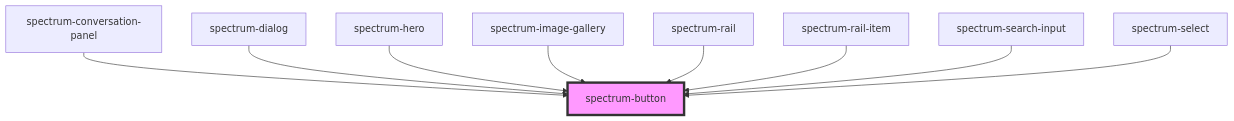
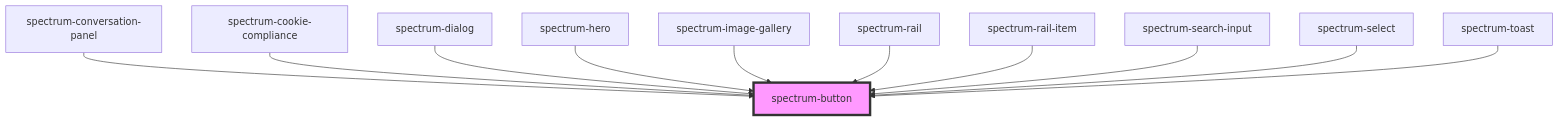
The diagram in packages/core/src/components/spectrum-button/readme.md (emamirelar/spectrum), drawn with Mermaid before and after one commit. The commit also changed other lines of this file and 40 other files, not shown here.

Commit message:
Add Spectrum Cookie Compliance component with dependencies, documentation, and Storybook examples. Introduced persistent cookie status indicator and enhanced accessibility features. Updated dependency map to reflect new relationships with spectrum-button, spectrum-toast, and spectrum-dialog.

````diff
--- a/packages/core/src/components/spectrum-button/readme.md
+++ b/packages/core/src/components/spectrum-button/readme.md
@@ -60,12 +62,14 @@
 ```mermaid
 graph TD;
   spectrum-conversation-panel --> spectrum-button
+  spectrum-cookie-compliance --> spectrum-button
   spectrum-dialog --> spectrum-button
   spectrum-hero --> spectrum-button
   spectrum-image-gallery --> spectrum-button
   spectrum-rail --> spectrum-button
   spectrum-rail-item --> spectrum-button
   spectrum-search-input --> spectrum-button
   spectrum-select --> spectrum-button
+  spectrum-toast --> spectrum-button
   style spectrum-button fill:#f9f,stroke:#333,stroke-width:4px
 ```
````
